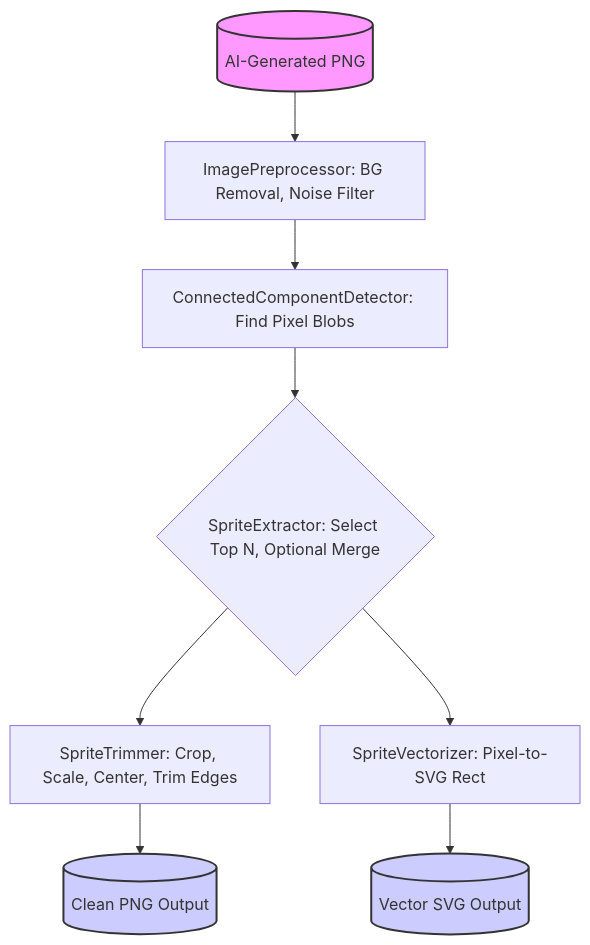
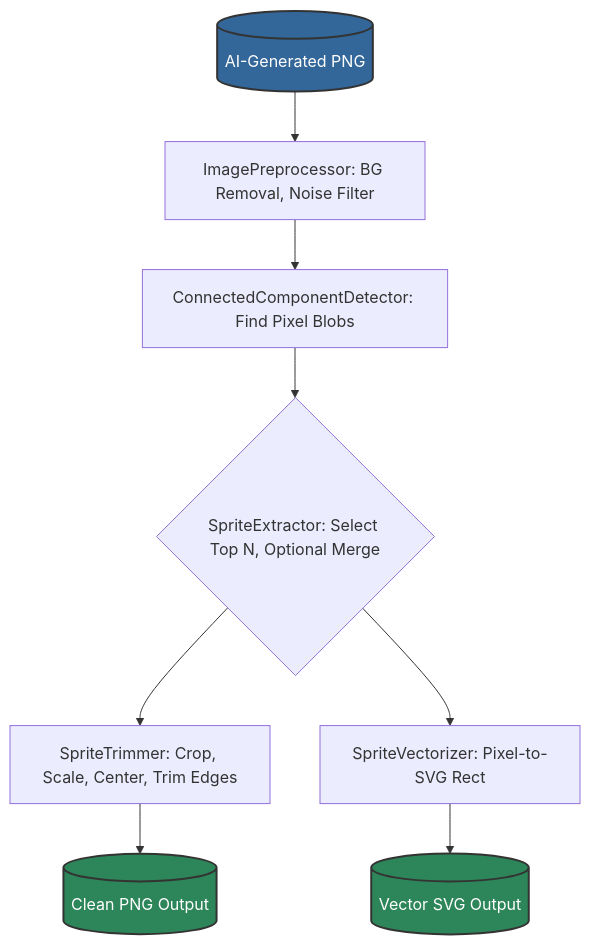
The diagram in README.md (jakepalanca/PngToVectConverter), drawn with Mermaid before and after one commit.

Commit message:
Update README styles for diagram elements to enhance visual clarity

````diff
--- a/README.md
+++ b/README.md
@@ -107,14 +107,14 @@
 ```mermaid
 graph TD
     A[(AI-Generated PNG)] --> B[ImagePreprocessor: BG Removal, Noise Filter]
     B --> C[ConnectedComponentDetector: Find Pixel Blobs]
     C --> D{SpriteExtractor: Select Top N, Optional Merge}
     D --> E[SpriteTrimmer: Crop, Scale, Center, Trim Edges]
     D --> F[SpriteVectorizer: Pixel-to-SVG Rect]
     E --> G[(Clean PNG Output)]
     F --> H[(Vector SVG Output)]
 
-    style A fill:#f9f,stroke:#333,stroke-width:2px
-    style G fill:#ccf,stroke:#333,stroke-width:2px
-    style H fill:#ccf,stroke:#333,stroke-width:2px
+    style A fill:#336699,stroke:#333,stroke-width:2px,color:#fff
+    style G fill:#2D8659,stroke:#333,stroke-width:2px,color:#fff
+    style H fill:#2D8659,stroke:#333,stroke-width:2px,color:#fff
 ```
````
